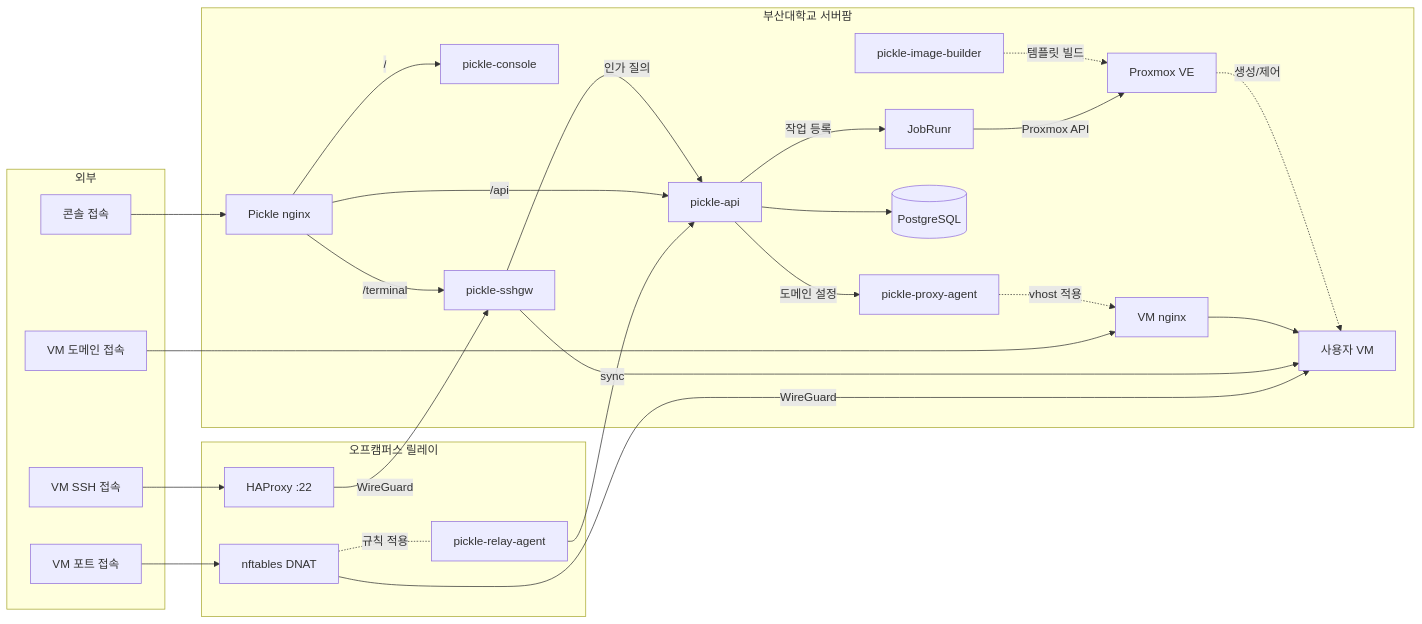
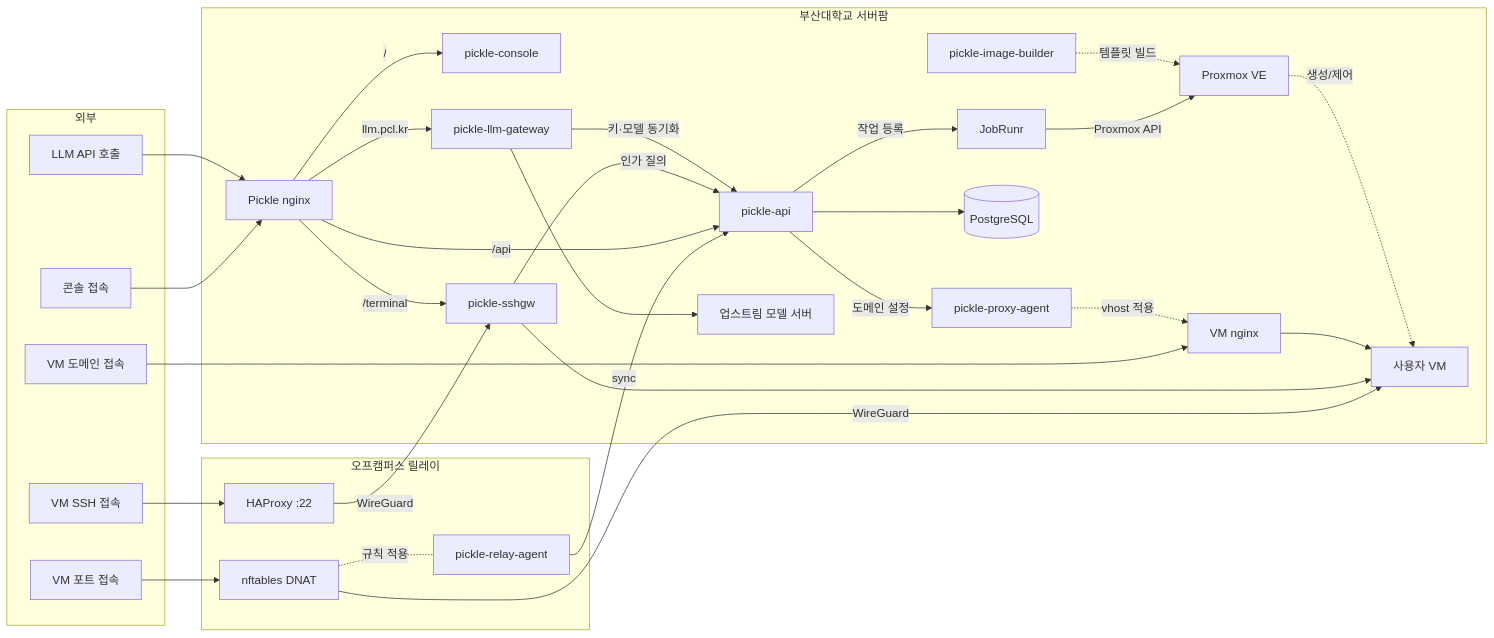
Before and after one commit to PNUops/pickle-console: the diagram in README.md, drawn with Mermaid. The commit also changed other lines of this file, not shown here.

Commit message:
docs: add the LLM gateway to the shared architecture block

````diff
--- a/README.md
+++ b/README.md
@@ -133,55 +133,62 @@
 ```mermaid
 flowchart LR
     subgraph ext [외부]
         B[콘솔 접속]
         V[VM 도메인 접속]
         S[VM SSH 접속]
         PC[VM 포트 접속]
+        L[LLM API 호출]
     end
 
     subgraph relay [오프캠퍼스 릴레이]
         HA[HAProxy :22]
         NFT[nftables DNAT]
         RA[pickle-relay-agent]
     end
 
     subgraph campus [부산대학교 서버팜]
         PN[Pickle nginx]
         VN[VM nginx]
         C[pickle-console]
         A[pickle-api]
         J[JobRunr]
         G[pickle-sshgw]
         P[pickle-proxy-agent]
         DB[(PostgreSQL)]
         PVE[Proxmox VE]
         VM[사용자 VM]
         IB[pickle-image-builder]
+        LG[pickle-llm-gateway]
+        UP[업스트림 모델 서버]
     end
 
     B --> PN
     V --> VN
     S --> HA
     PC --> NFT
+    L --> PN
 
     HA -->|WireGuard| G
     NFT -->|WireGuard| VM
     NFT -. 규칙 적용 .- RA
     RA -->|sync| A
 
     PN -->|/| C
     PN -->|/api| A
     PN -->|/terminal| G
+    PN -->|llm.pcl.kr| LG
 
     G -->|인가 질의| A
+    LG -->|키·모델 동기화| A
+    LG --> UP
     G --> VM
     VN --> VM
 
     A --> DB
     A -->|작업 등록| J
     J -->|Proxmox API| PVE
     A -->|도메인 설정| P
     P -.->|vhost 적용| VN
     PVE -.->|생성/제어| VM
     IB -.->|템플릿 빌드| PVE
 ```
````
